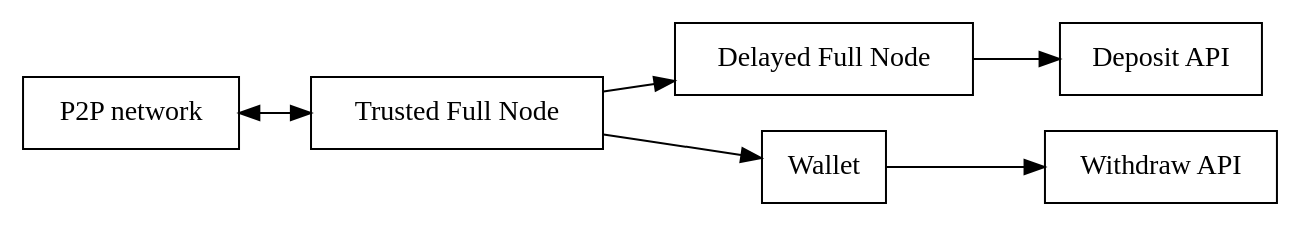
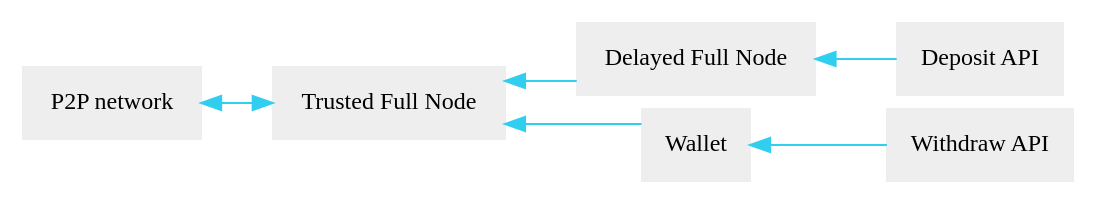
The diagram in source/integration/exchanges/step-by-step.rst (bitshares/docs.bitshares.org), drawn with Graphviz before and after one commit. The commit also changed 28 other files, not shown here.

```diff
--- a/source/integration/exchanges/step-by-step.rst
+++ b/source/integration/exchanges/step-by-step.rst
@@ -22,9 +22,20 @@
 .. graphviz::
 
    digraph foo {
-    rankdir=LR
-    node [shape=box]
+    rankdir=LR;
+    ranksep=0.5;
+    nodesep=0.1;
+    overlap=false;
+    splines=ortho;
+
+    node [shape=box];
+    node [fontname=Verdana,fontsize=12]
+    node [style=filled]
+    node [fillcolor="#EEEEEE"]
+    node [color="#EEEEEE"]
+    edge [color="#31CEF0", dir=back, fontsize=9, fontname=Verdana]
+
     "P2P network" -> "Trusted Full Node" [dir="both"]
     "Trusted Full Node" -> "Delayed Full Node" -> "Deposit API"
     "Trusted Full Node" -> "Wallet" -> "Withdraw API"
    }
```
